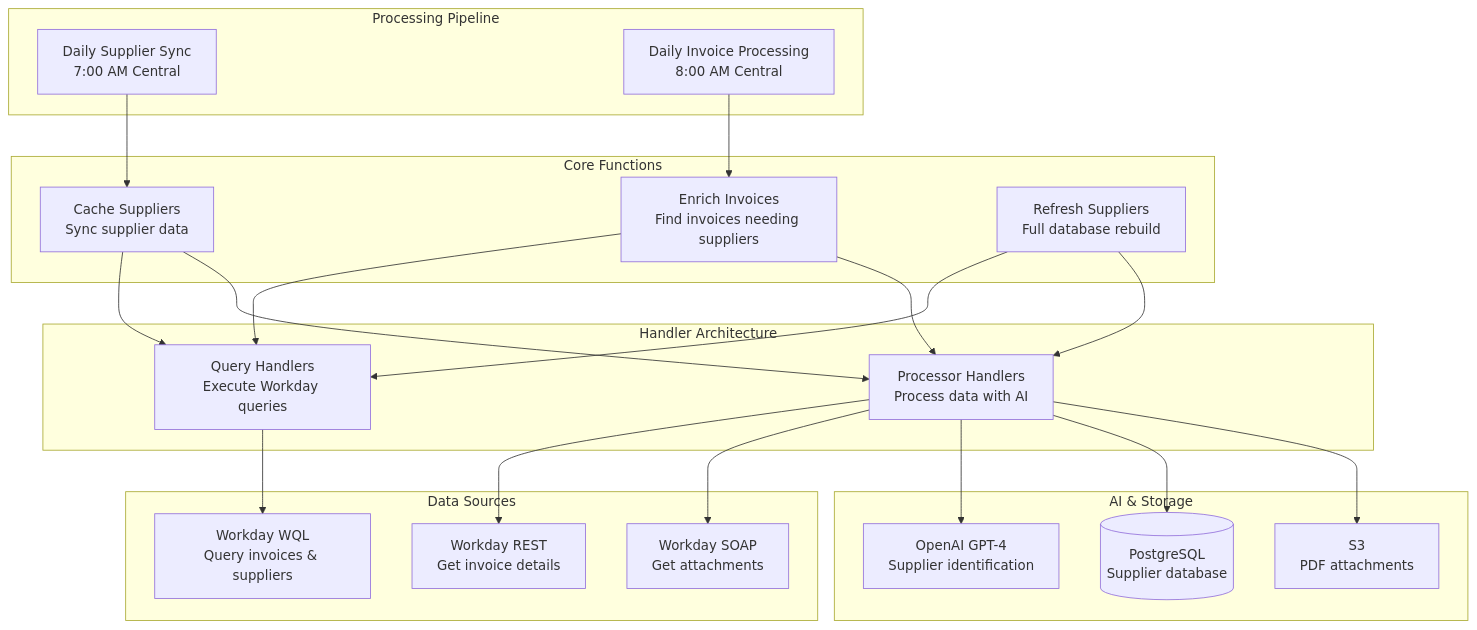
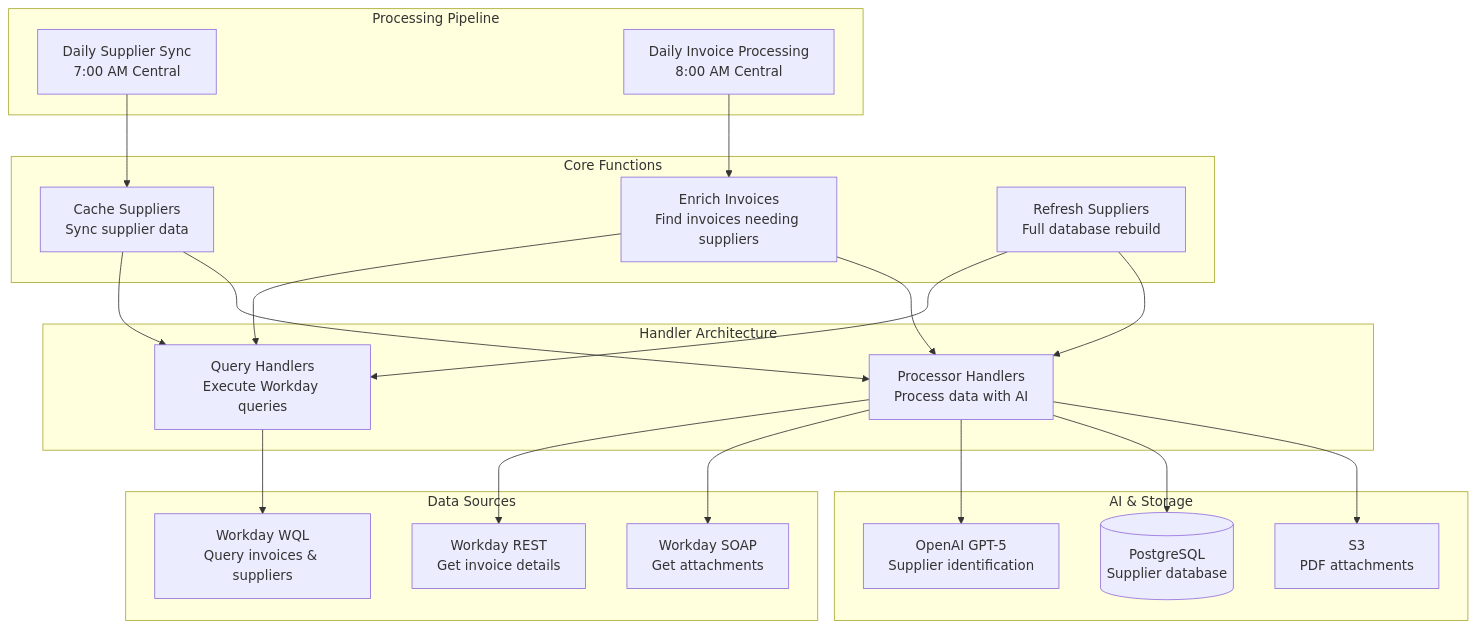
The first of 7 diagrams in README.md (pgahq/finance-agent), drawn with Mermaid before and after one commit. The commit also changed other lines of this file, not shown here.

Commit message:
chore: update readme to ref gpt-5 model

````diff
--- a/README.md
+++ b/README.md
@@ -39,47 +39,47 @@
 ```mermaid
 graph TB
     subgraph "Processing Pipeline"
         SCHED1[Daily Supplier Sync<br/>7:00 AM Central]
         SCHED2[Daily Invoice Processing<br/>8:00 AM Central]
     end
 
     subgraph "Handler Architecture"
         QUERY[Query Handlers<br/>Execute Workday queries]
         PROC[Processor Handlers<br/>Process data with AI]
     end
 
     subgraph "Core Functions"
         CACHE[Cache Suppliers<br/>Sync supplier data]
         ENRICH[Enrich Invoices<br/>Find invoices needing suppliers]
         REFRESH[Refresh Suppliers<br/>Full database rebuild]
     end
 
     subgraph "Data Sources"
         WQL[Workday WQL<br/>Query invoices & suppliers]
         REST[Workday REST<br/>Get invoice details]
         SOAP[Workday SOAP<br/>Get attachments]
     end
 
     subgraph "AI & Storage"
-        AI[OpenAI GPT-4<br/>Supplier identification]
+        AI[OpenAI GPT-5<br/>Supplier identification]
         DB[(PostgreSQL<br/>Supplier database)]
         S3[S3<br/>PDF attachments]
     end
 
     SCHED1 --> CACHE
     SCHED2 --> ENRICH
 
     CACHE --> QUERY
     CACHE --> PROC
     ENRICH --> QUERY
     ENRICH --> PROC
     REFRESH --> QUERY
     REFRESH --> PROC
 
     QUERY --> WQL
     PROC --> REST
     PROC --> SOAP
     PROC --> AI
     PROC --> DB
     PROC --> S3
 ```
````
